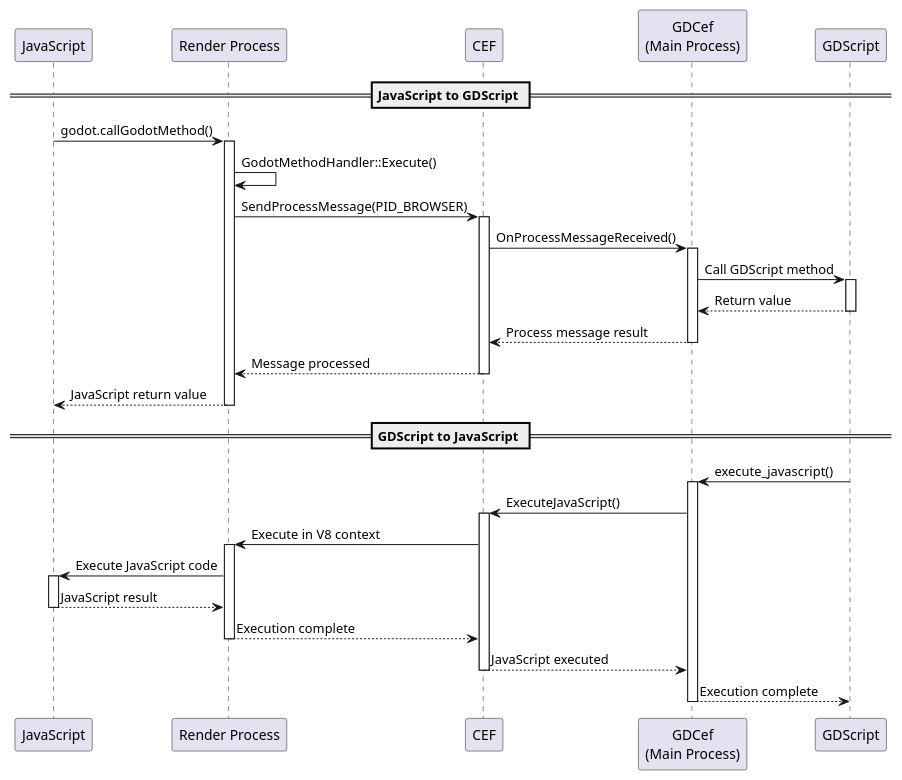
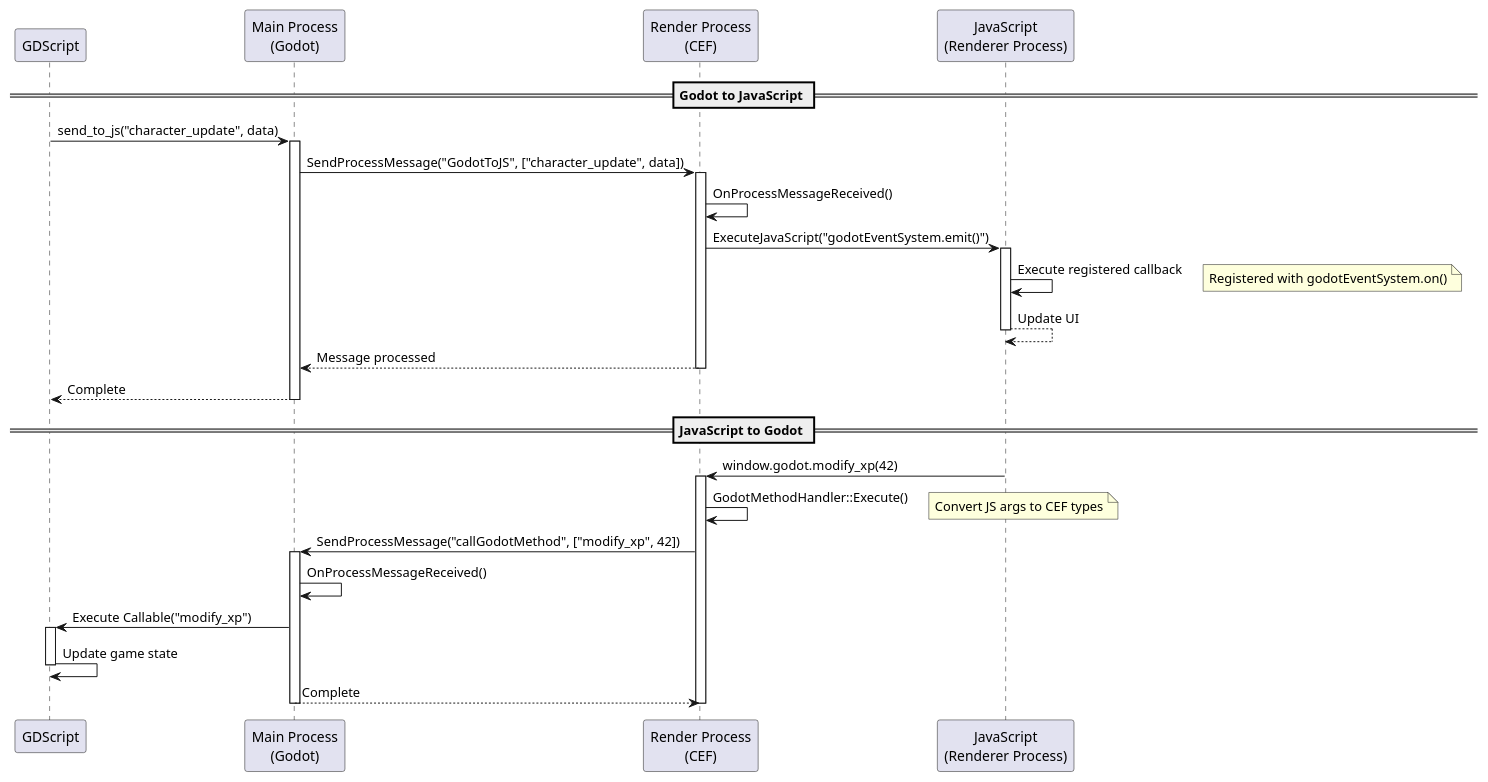
The diagram in addons/gdcef/doc/architecture/sequence_js_communication.puml (Lecrapouille/gdcef), drawn with PlantUML before and after one commit. The commit also changed 4 other files, not shown here.

Commit message:
Architecture

```diff
--- a/addons/gdcef/doc/architecture/sequence_js_communication.puml
+++ b/addons/gdcef/doc/architecture/sequence_js_communication.puml
@@ -1,60 +1,54 @@
 @startuml
 
-participant "JavaScript" as JS
-participant "Render Process" as RP
-participant "CEF" as CEF
-participant "GDCef\n(Main Process)" as MP
 participant "GDScript" as GD
+participant "Main Process\n(Godot)" as MP
+participant "Render Process\n(CEF)" as RP
+participant "JavaScript\n(Renderer Process)" as JS
 
-== JavaScript to GDScript ==
+== Godot to JavaScript ==
 
-JS -> RP : godot.callGodotMethod()
+GD -> MP : send_to_js("character_update", data)
+activate MP
+
+MP -> RP : SendProcessMessage("GodotToJS", ["character_update", data])
+activate RP
+
+RP -> RP : OnProcessMessageReceived()
+RP -> JS : ExecuteJavaScript("godotEventSystem.emit()")
+activate JS
+
+JS -> JS : Execute registered callback
+note right: Registered with godotEventSystem.on()
+JS --> JS : Update UI
+deactivate JS
+
+RP --> MP : Message processed
+deactivate RP
+
+MP --> GD : Complete
+deactivate MP
+
+== JavaScript to Godot ==
+
+JS -> RP : window.godot.modify_xp(42)
 activate RP
 
 RP -> RP : GodotMethodHandler::Execute()
-RP -> CEF : SendProcessMessage(PID_BROWSER)
-activate CEF
+note right: Convert JS args to CEF types
 
-CEF -> MP : OnProcessMessageReceived()
+RP -> MP : SendProcessMessage("callGodotMethod", ["modify_xp", 42])
 activate MP
 
-MP -> GD : Call GDScript method
+MP -> MP : OnProcessMessageReceived()
+MP -> GD : Execute Callable("modify_xp")
 activate GD
-GD --> MP : Return value
+
+GD -> GD : Update game state
 deactivate GD
 
-MP --> CEF : Process message result
+MP --> RP : Complete
 deactivate MP
 
-CEF --> RP : Message processed
-deactivate CEF
-
-RP --> JS : JavaScript return value
 deactivate RP
 
-== GDScript to JavaScript ==
-
-GD -> MP : execute_javascript()
-activate MP
-
-MP -> CEF : ExecuteJavaScript()
-activate CEF
-
-CEF -> RP : Execute in V8 context
-activate RP
-
-RP -> JS : Execute JavaScript code
-activate JS
-JS --> RP : JavaScript result
-deactivate JS
-
-RP --> CEF : Execution complete
-deactivate RP
-
-CEF --> MP : JavaScript executed
-deactivate CEF
-
-MP --> GD : Execution complete
-deactivate MP
-
 @enduml
```
